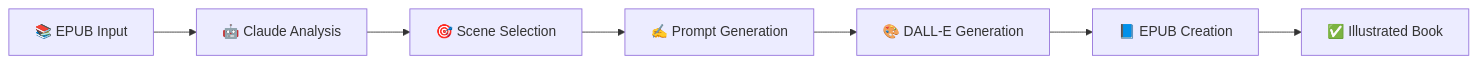
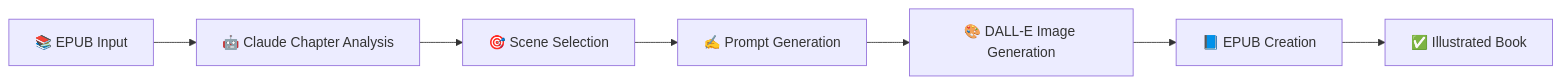
The diagram in README.md (micwinter/inkbloom), drawn with Mermaid before and after one commit.

Commit message:
Cleaned up readme mermaid

````diff
--- a/README.md
+++ b/README.md
@@ -102,9 +102,9 @@
 ```mermaid
 graph LR
-    A[📚 EPUB Input] --> B[🤖 Claude Analysis]
+    A[📚 EPUB Input] --> B[🤖 Claude Chapter Analysis]
     B --> C[🎯 Scene Selection]
     C --> D[✍️ Prompt Generation]
-    D --> E[🎨 DALL-E Generation]
+    D --> E[🎨 DALL-E Image Generation]
     E --> F[📘 EPUB Creation]
     F --> G[✅ Illustrated Book]
 ```
````
